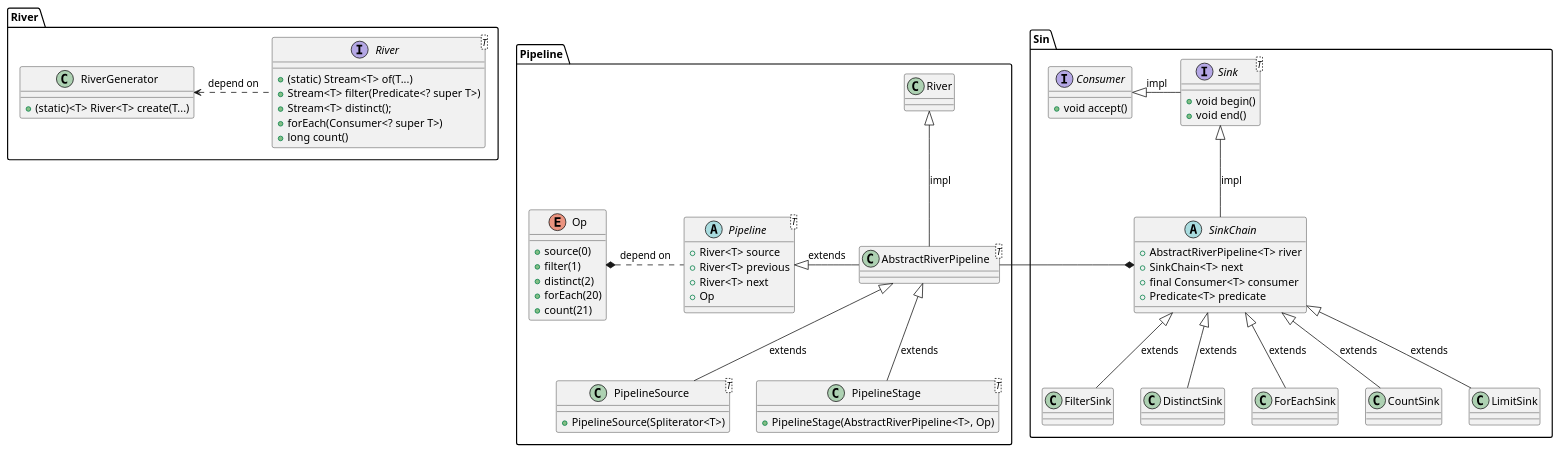
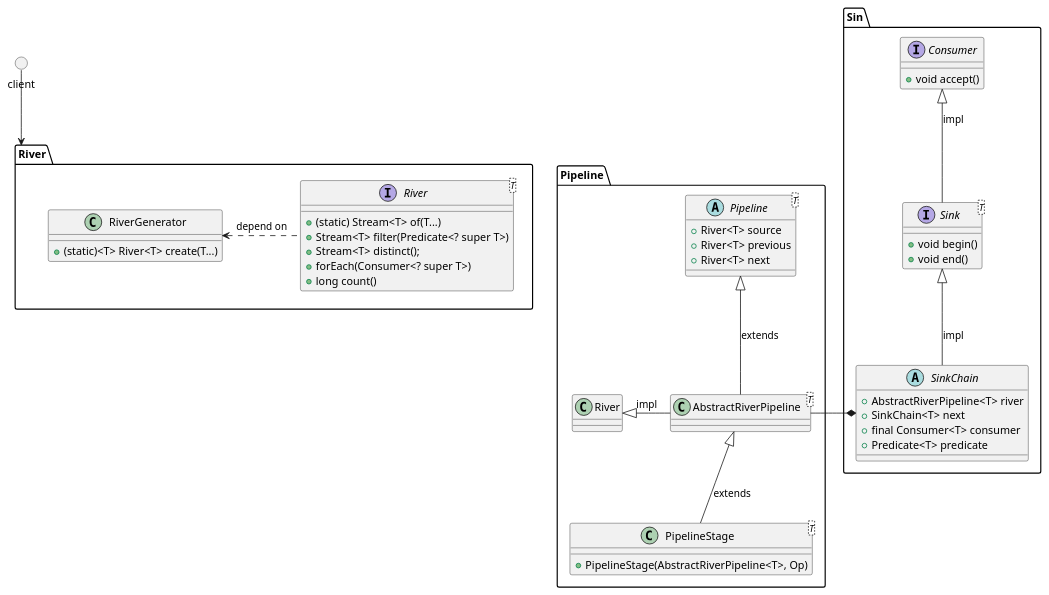
The diagram in docs/自制/类图.puml (zexho994/River), drawn with PlantUML before and after one commit. The commit also changed 1 other file, not shown here.

```diff
--- a/docs/自制/类图.puml
+++ b/docs/自制/类图.puml
@@ -1,81 +1,60 @@
 @startuml
+
+circle client{}
+client --> River
 
 package River{
     interface River<T>{
         + (static) Stream<T> of(T...)
         + Stream<T> filter(Predicate<? super T>)
         + Stream<T> distinct();
         + forEach(Consumer<? super T>)
         + long count()
     }
 
     class RiverGenerator{
         + (static)<T> River<T> create(T...)
     }
     River .left.> RiverGenerator : depend on
 }
 
 
 package Pipeline{
     abstract Pipeline<T>{
         + River<T> source
         + River<T> previous
         + River<T> next
-        + Op
     }
-    Pipeline .left* Op : depend on
 
     class AbstractRiverPipeline<T>{}
-    River <|-down- AbstractRiverPipeline : impl
-    Pipeline <|- AbstractRiverPipeline : extends
+    River <|-right- AbstractRiverPipeline : impl
+    Pipeline <|-- AbstractRiverPipeline : extends
 
-    class PipelineSource<T>{
-        + PipelineSource(Spliterator<T>)
-    }
     class PipelineStage<T>{
         + PipelineStage(AbstractRiverPipeline<T>, Op)
     }
-    AbstractRiverPipeline<|-down- PipelineSource : extends
     AbstractRiverPipeline <|-down- PipelineStage : extends
 
-    enum Op{
-        + source(0)
-        + filter(1)
-        + distinct(2)
-        + forEach(20)
-        + count(21)
-    }
 }
 
 package Sin{
     interface Consumer{
         + void accept()
     }
     interface Sink<T>{
         + void begin()
         + void end()
     }
-    Consumer <|- Sink : impl
+    Consumer <|-- Sink : impl
 
     abstract SinkChain{
         + AbstractRiverPipeline<T> river
         + SinkChain<T> next
         + final Consumer<T> consumer
         + Predicate<T> predicate
     }
     Sink <|-- SinkChain : impl
     SinkChain *- AbstractRiverPipeline
-
-    class FilterSink{}
-    class DistinctSink{}
-    class ForEachSink{}
-    class CountSink{}
-    class LimitSink{}
-    SinkChain <|-- FilterSink : extends
-    SinkChain <|-- DistinctSink : extends
-    SinkChain <|-- ForEachSink : extends
-    SinkChain <|-- CountSink : extends
-    SinkChain <|-- LimitSink : extends
 }
 
 @enduml
```
